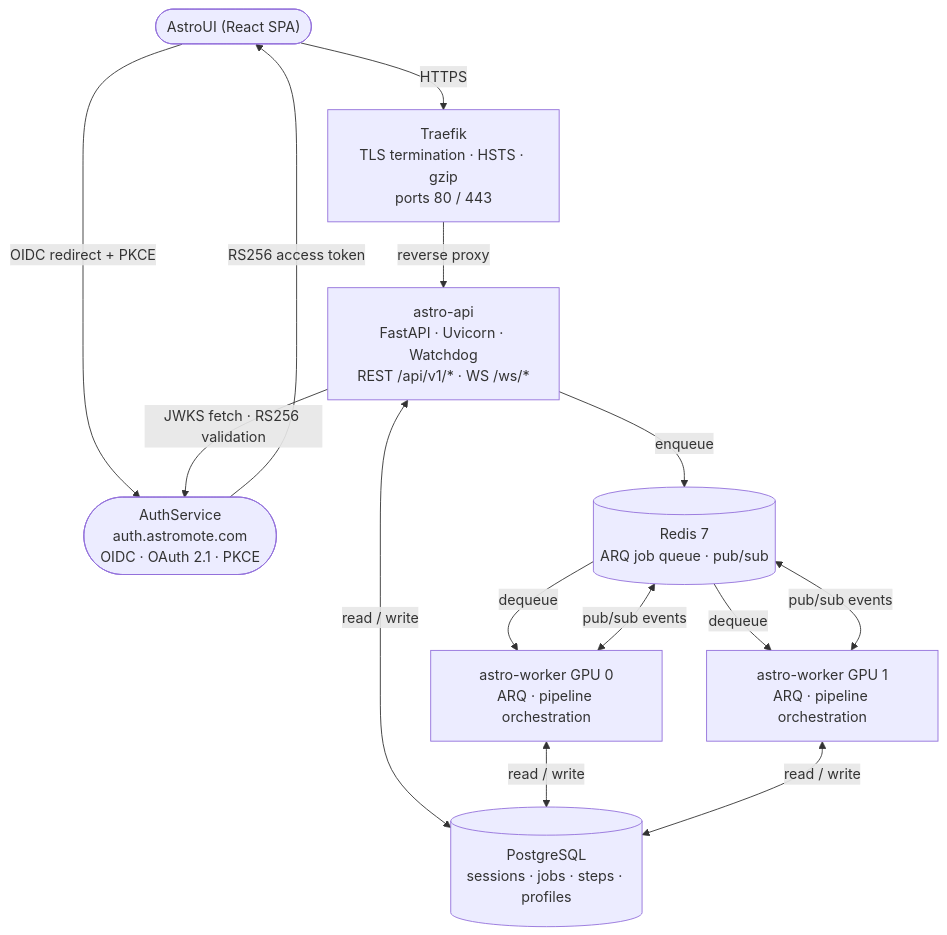
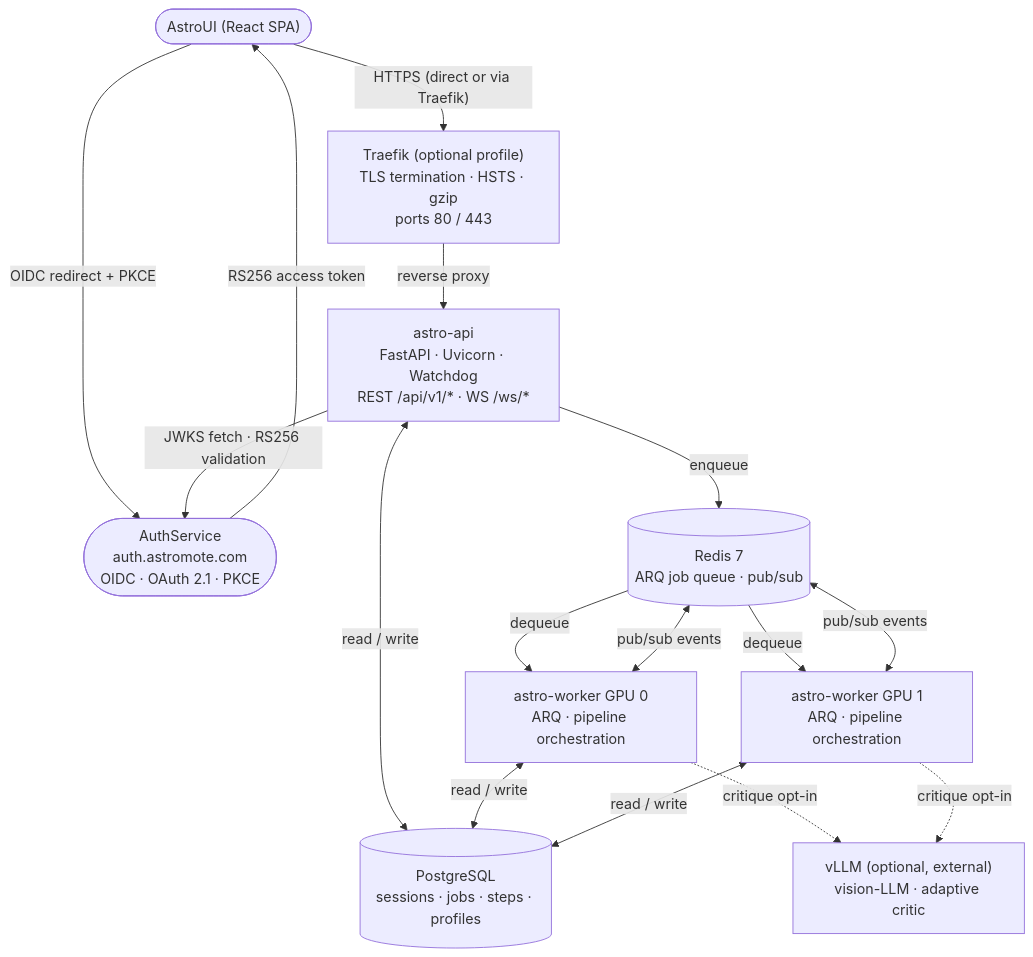
The diagram in README.md (x42en/astro-stack), drawn with Mermaid before and after one commit. The commit also changed other lines of this file and 4 other files, not shown here.

Commit message:
feat: update environment configuration and documentation for vLLM adaptive critic support

````diff
--- a/README.md
+++ b/README.md
@@ -83,25 +127,28 @@
 ```mermaid
 flowchart TD
     UI(["AstroUI (React SPA)"])
     AUTH(["AuthService\nauth.astromote.com\nOIDC · OAuth 2.1 · PKCE"])
-    TRAEFIK["Traefik\nTLS termination · HSTS · gzip\nports 80 / 443"]
+    TRAEFIK["Traefik (optional profile)\nTLS termination · HSTS · gzip\nports 80 / 443"]
     API["astro-api\nFastAPI · Uvicorn · Watchdog\nREST /api/v1/* · WS /ws/*"]
     REDIS[("Redis 7\nARQ job queue · pub/sub")]
     W0["astro-worker GPU 0\nARQ · pipeline orchestration"]
     W1["astro-worker GPU 1\nARQ · pipeline orchestration"]
     PG[("PostgreSQL\nsessions · jobs · steps · profiles")]
+    VLLM["vLLM (optional, external)\nvision-LLM · adaptive critic"]
 
-    UI -->|HTTPS| TRAEFIK
+    UI -->|"HTTPS (direct or via Traefik)"| TRAEFIK
     TRAEFIK -->|reverse proxy| API
     UI -- "OIDC redirect + PKCE" --> AUTH
     AUTH -- "RS256 access token" --> UI
     API -- "JWKS fetch · RS256 validation" --> AUTH
     API -->|enqueue| REDIS
     REDIS -->|dequeue| W0
     REDIS -->|dequeue| W1
     W0 <-->|pub/sub events| REDIS
     W1 <-->|pub/sub events| REDIS
     API <-->|read / write| PG
     W0 <-->|read / write| PG
     W1 <-->|read / write| PG
+    W0 -.->|critique opt-in| VLLM
+    W1 -.->|critique opt-in| VLLM
 ```
````
